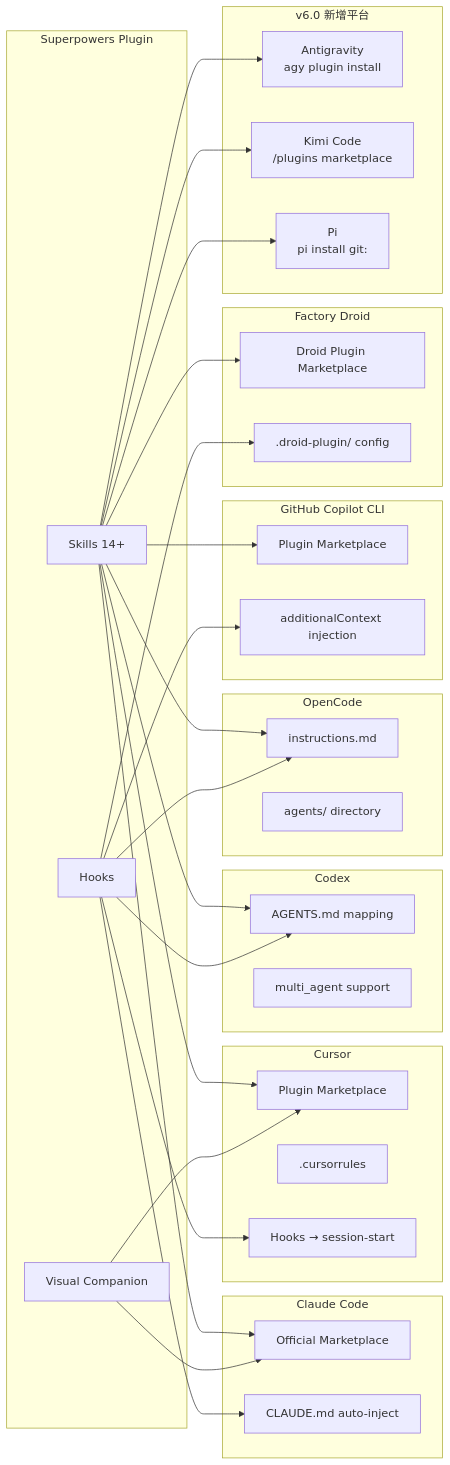
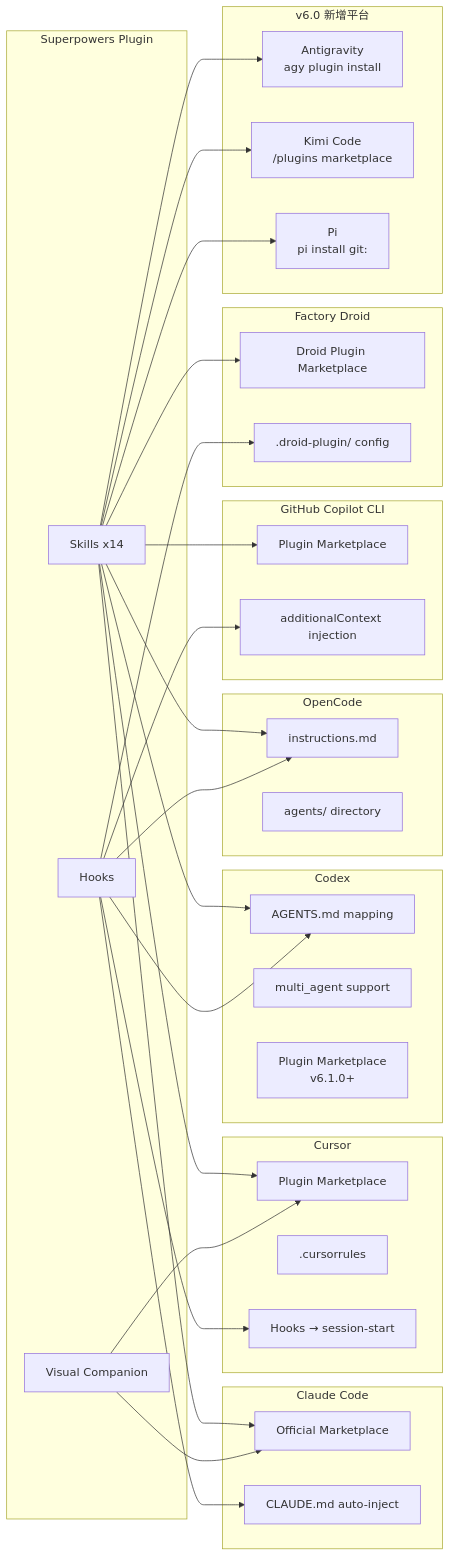
One commit to chihhung/Blog changed the fifth of 44 diagrams in content/posts/教學/AI開發/Superpowers教學手冊.md. Above: the diagram before and after it, drawn with Mermaid. The commit also changed other lines of this file, not shown here.

````diff
--- a/content/posts/教學/AI開發/Superpowers教學手冊.md
+++ b/content/posts/教學/AI開發/Superpowers教學手冊.md
@@ -496,49 +504,50 @@
 ```mermaid
 graph LR
     subgraph "Superpowers Plugin"
-        SKILLS[Skills 14+]
+        SKILLS[Skills x14]
         HOOKS[Hooks]
         VIS[Visual Companion]
     end
     
     subgraph "Claude Code"
         CC_MKT[Official Marketplace]
         CC_CLAUDE[CLAUDE.md auto-inject]
     end
     
     subgraph "Cursor"
         CU_PLUG[Plugin Marketplace]
         CU_RULES[.cursorrules]
         CU_HOOK[Hooks → session-start]
     end
     
     subgraph "Codex"
         CDX_AGENTS[AGENTS.md mapping]
         CDX_MA[multi_agent support]
+        CDX_MKT[Plugin Marketplace<br/>v6.1.0+]
     end
     
     subgraph "OpenCode"
         OC_INST[instructions.md]
         OC_AGENT[agents/ directory]
     end
     
     subgraph "GitHub Copilot CLI"
         GCLI_MKT[Plugin Marketplace]
         GCLI_CTX[additionalContext injection]
     end
     
     subgraph "Factory Droid"
         FD_MKT[Droid Plugin Marketplace]
         FD_CFG[.droid-plugin/ config]
     end
 
     subgraph "v6.0 新增平台"
         AGY_PLG[Antigravity<br/>agy plugin install]
         KIMI_PLG[Kimi Code<br/>/plugins marketplace]
         PI_PLG[Pi<br/>pi install git:]
     end
     
     SKILLS --> CC_MKT & CU_PLUG & CDX_AGENTS & OC_INST & GCLI_MKT & FD_MKT & AGY_PLG & KIMI_PLG & PI_PLG
     HOOKS --> CC_CLAUDE & CU_HOOK & CDX_AGENTS & OC_INST & GCLI_CTX & FD_CFG
     VIS --> CC_MKT & CU_PLUG
 ```
````
